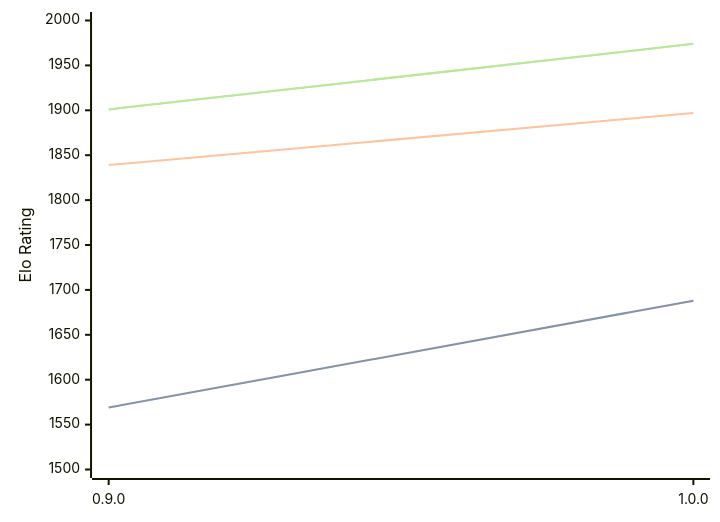
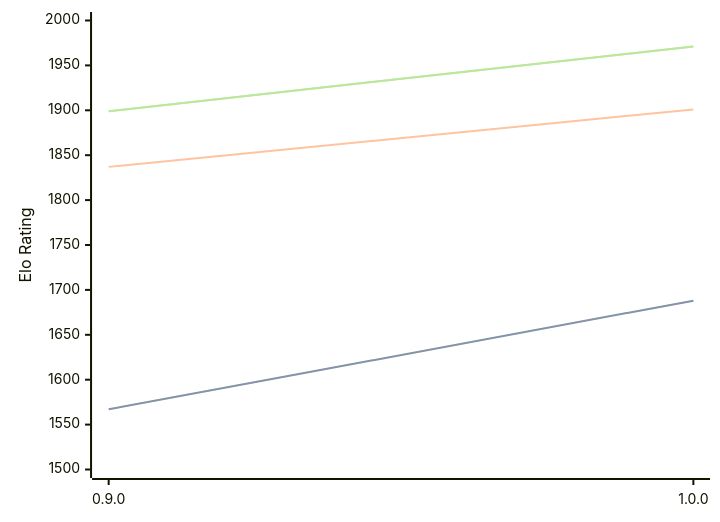
One commit to computer-chess-index/cci changed the diagram in engines/Ratsu.md. Above: the diagram before and after it, drawn with Mermaid. The commit also changed other lines of this file, not shown here.

Commit message:
Update CCI Ratings (ELO VLTC) - 2026-03-07

````diff
--- a/engines/Ratsu.md
+++ b/engines/Ratsu.md
@@ -30,11 +30,11 @@
 ```mermaid
 %%{init: {"theme":"base","themeVariables":{"seriesColors:['#a3a3a3','#222221','#faa371']}}}%%
 xychart-beta
   x-axis ["0.9.0", "1.0.0"]
   y-axis "Elo Rating" 1500 --> 2000
-  line "STC (8.0+0.08s)" [1569, 1688]
-  line "STC (8.0+0.08s)" [1569, 1688]
-  line "LTC (60.0+0.60s)" [1839, 1897]
-  line "VLTC (2m24s+1.12s)" [1901, 1974]
-  line "VLTC (2m24s+1.12s)" [1901, 1974]
+  line "STC (8.0+0.08s)" [1567, 1688]
+  line "STC (8.0+0.08s)" [1567, 1688]
+  line "LTC (60.0+0.60s)" [1837, 1901]
+  line "VLTC (2m24s+1.12s)" [1899, 1971]
+  line "VLTC (2m24s+1.12s)" [1899, 1971]
 ```
````
